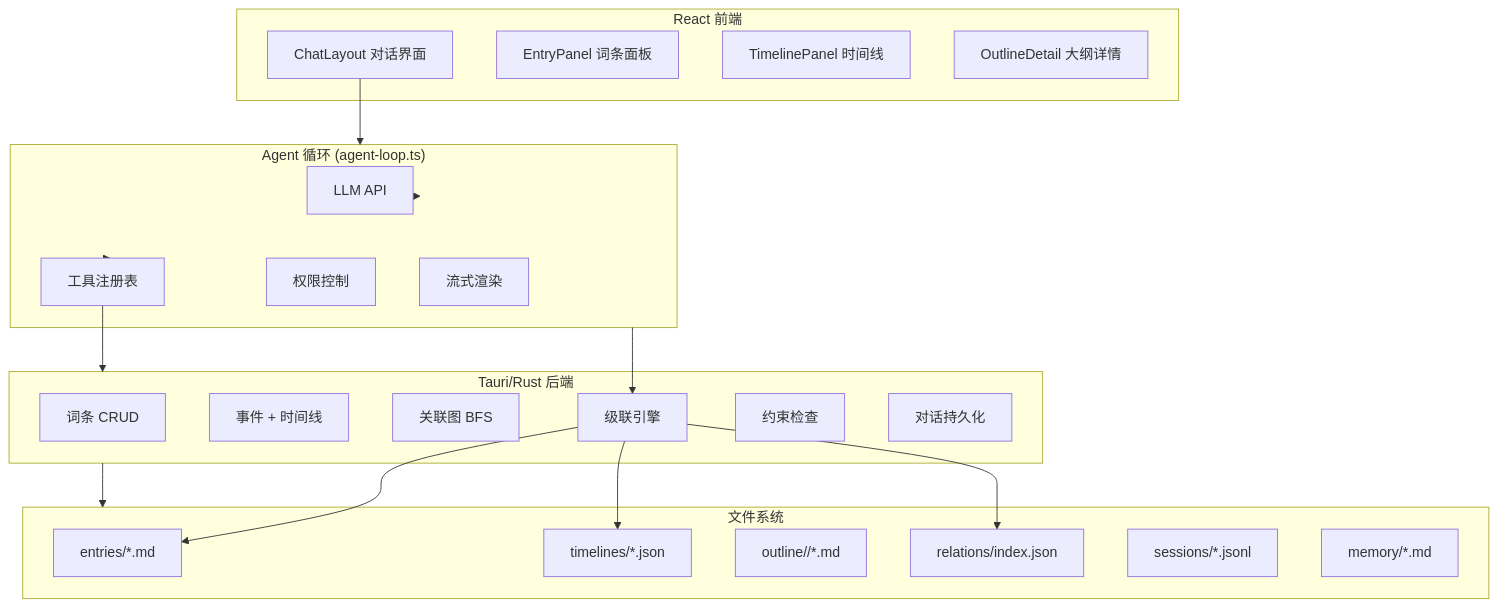
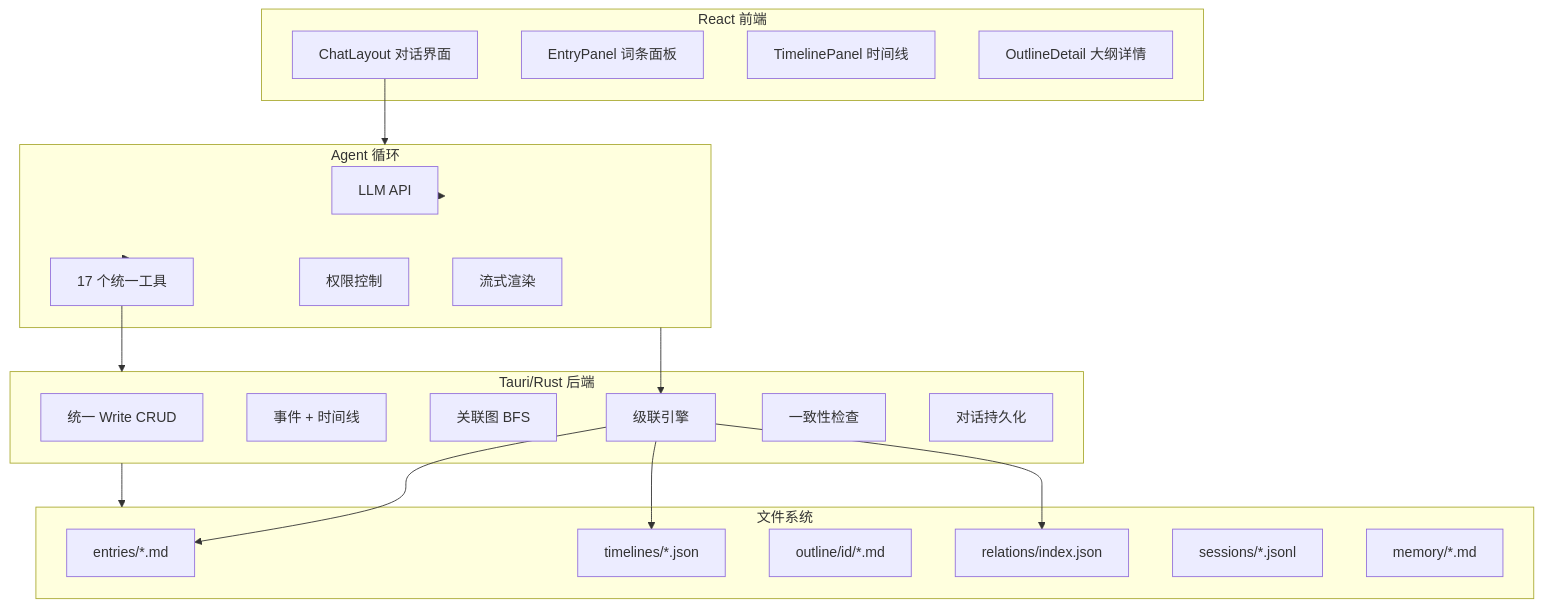
Before and after one commit to Fange12306/worldforge: the second of 2 diagrams in README.md, drawn with Mermaid. The commit also changed other lines of this file and 6 other files, not shown here.

````diff
--- a/README.md
+++ b/README.md
@@ -107,44 +325,44 @@
 ```mermaid
 graph TB
     subgraph Frontend["React 前端"]
         Chat[ChatLayout 对话界面]
         Entry[EntryPanel 词条面板]
         Timeline[TimelinePanel 时间线]
         Outline[OutlineDetail 大纲详情]
     end
 
-    subgraph Agent["Agent 循环 (agent-loop.ts)"]
+    subgraph Agent["Agent 循环"]
         LLM[LLM API]
-        Tools[工具注册表]
+        Tools[17 个统一工具]
         Perm[权限控制]
         Stream[流式渲染]
     end
 
     subgraph Rust["Tauri/Rust 后端"]
-        CRUD[词条 CRUD]
+        CRUD[统一 Write CRUD]
         Events[事件 + 时间线]
         Relations[关联图 BFS]
         Cascade[级联引擎]
-        Constraint[约束检查]
+        Constraint[一致性检查]
         Session[对话持久化]
     end
 
     subgraph Storage["文件系统"]
         Entries[entries/*.md]
         TL[timelines/*.json]
-        OL[outline/<id>/*.md]
+        OL[outline/id/*.md]
         Rel[relations/index.json]
         Sessions[sessions/*.jsonl]
         Memory[memory/*.md]
     end
 
     Chat --> Agent
     Agent --> LLM
     Agent --> Tools
     Tools --> Rust
     Rust --> Storage
     Agent --> Cascade
     Cascade --> Entries
     Cascade --> TL
     Cascade --> Rel
 ```
````
